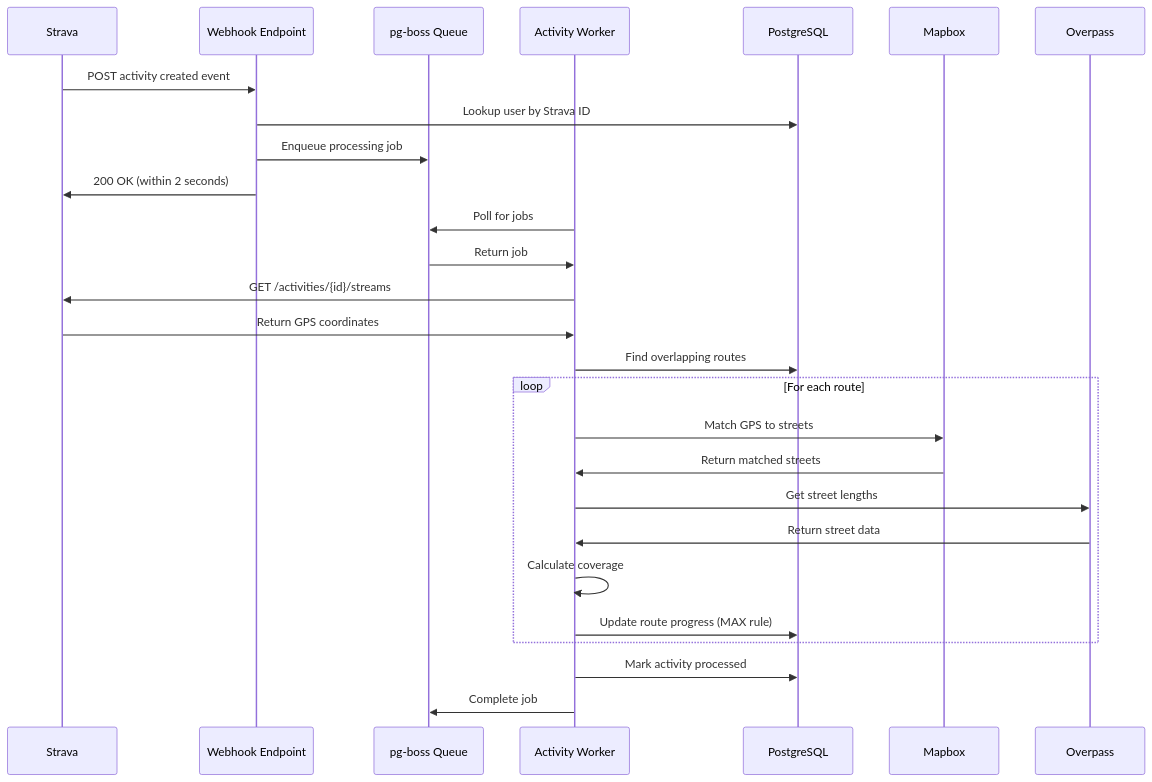
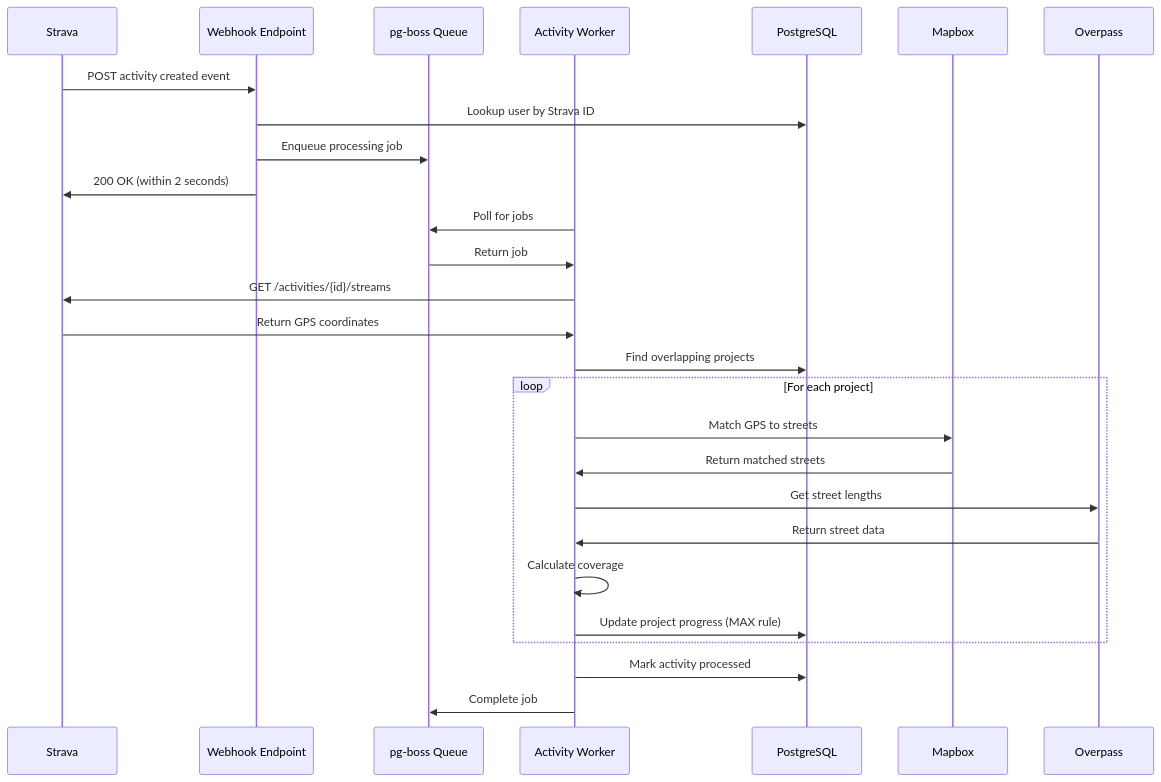
Before and after one commit to devevangel/street-keeper-server: the second of 4 diagrams in src/docs/ARCHITECTURE.md, drawn with Mermaid. The commit also changed other lines of this file and 20 other files, not shown here.

First line of the commit message:
Refactor Route to Project model and update related documentation

````diff
--- a/src/docs/ARCHITECTURE.md
+++ b/src/docs/ARCHITECTURE.md
@@ -327,33 +327,33 @@
 ```mermaid
 sequenceDiagram
     participant Strava
     participant Webhook as Webhook Endpoint
     participant Queue as pg-boss Queue
     participant Worker as Activity Worker
     participant DB as PostgreSQL
     participant Mapbox
     participant Overpass
 
     Strava->>Webhook: POST activity created event
     Webhook->>DB: Lookup user by Strava ID
     Webhook->>Queue: Enqueue processing job
     Webhook->>Strava: 200 OK (within 2 seconds)
 
     Worker->>Queue: Poll for jobs
     Queue->>Worker: Return job
     Worker->>Strava: GET /activities/{id}/streams
     Strava->>Worker: Return GPS coordinates
-    Worker->>DB: Find overlapping routes
+    Worker->>DB: Find overlapping projects
 
-    loop For each route
+    loop For each project
         Worker->>Mapbox: Match GPS to streets
         Mapbox->>Worker: Return matched streets
         Worker->>Overpass: Get street lengths
         Overpass->>Worker: Return street data
         Worker->>Worker: Calculate coverage
-        Worker->>DB: Update route progress (MAX rule)
+        Worker->>DB: Update project progress (MAX rule)
     end
 
     Worker->>DB: Mark activity processed
     Worker->>Queue: Complete job
 ```
````
